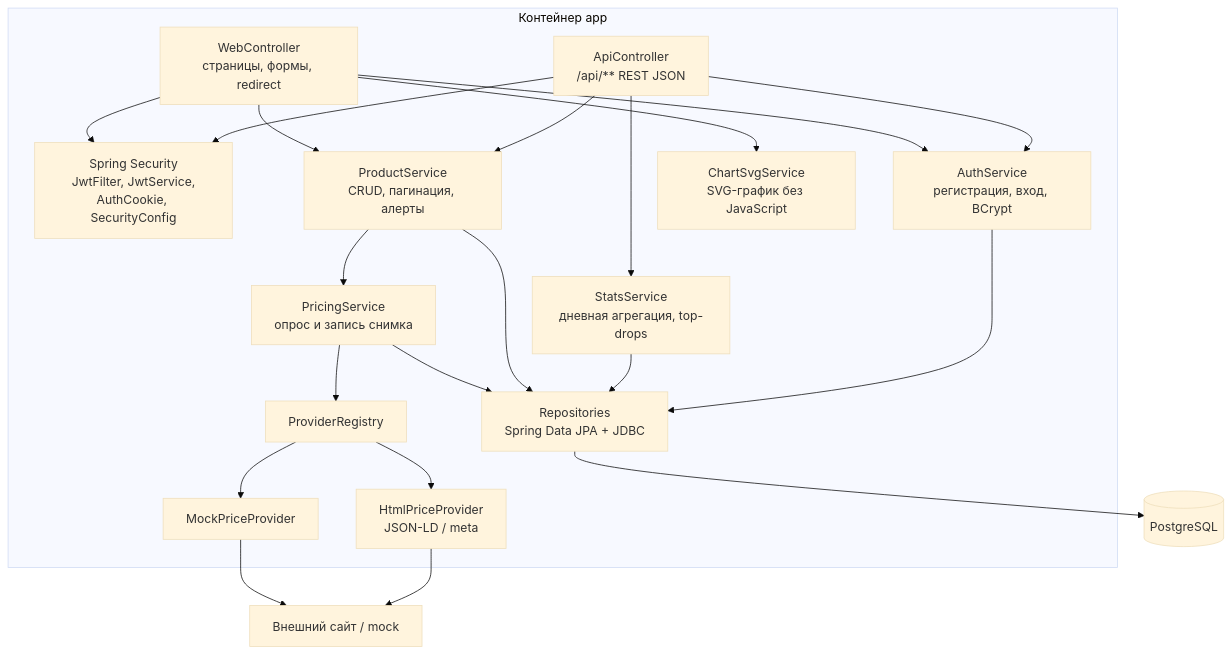
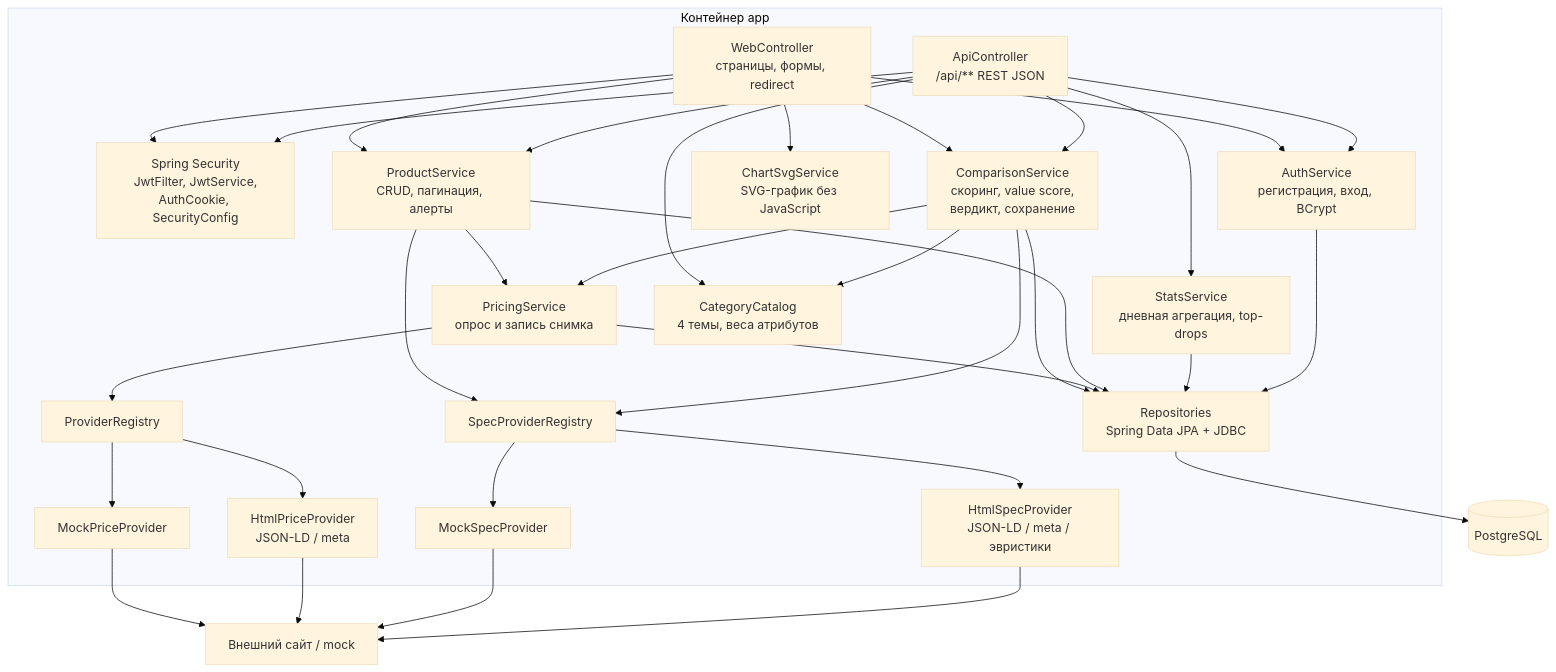
Before and after one commit to brawlat12344-ops/pricetracker: the third of 4 diagrams in docs/c4.md, drawn with Mermaid (base theme). The commit also changed other lines of this file and 30 other files, not shown here.

Commit message:
Add multi-category product comparison with spec providers

````diff
--- a/docs/c4.md
+++ b/docs/c4.md
@@ -62,40 +63,57 @@
 ```mermaid
 flowchart TB
     subgraph APP["Контейнер app"]
         WEB["WebController<br/>страницы, формы, redirect"]
         API["ApiController<br/>/api/** REST JSON"]
         SEC["Spring Security<br/>JwtFilter, JwtService,<br/>AuthCookie, SecurityConfig"]
         AUTH["AuthService<br/>регистрация, вход, BCrypt"]
         PROD["ProductService<br/>CRUD, пагинация, алерты"]
         STAT["StatsService<br/>дневная агрегация, top-drops"]
         CHART["ChartSvgService<br/>SVG-график без JavaScript"]
         PRICE["PricingService<br/>опрос и запись снимка"]
         REG["ProviderRegistry"]
         MOCK["MockPriceProvider"]
         HTML["HtmlPriceProvider<br/>JSON-LD / meta"]
+        CAT["CategoryCatalog<br/>4 темы, веса атрибутов"]
+        CMP["ComparisonService<br/>скоринг, value score,<br/>вердикт, сохранение"]
+        SREG["SpecProviderRegistry"]
+        SMOCK["MockSpecProvider"]
+        SHTML["HtmlSpecProvider<br/>JSON-LD / meta / эвристики"]
         REPO["Repositories<br/>Spring Data JPA + JDBC"]
     end
 
     DB[("PostgreSQL")]
     EXT["Внешний сайт / mock"]
 
     WEB --> SEC
     API --> SEC
     WEB --> AUTH
     API --> AUTH
     WEB --> PROD
     API --> PROD
     API --> STAT
     WEB --> CHART
+    WEB --> CMP
+    API --> CAT
+    API --> CMP
     PROD --> PRICE
+    PROD --> SREG
+    CMP --> PRICE
+    CMP --> CAT
+    CMP --> SREG
+    CMP --> REPO
     PRICE --> REG
     REG --> MOCK
     REG --> HTML
+    SREG --> SMOCK
+    SREG --> SHTML
     PRICE --> REPO
     PROD --> REPO
     STAT --> REPO
     AUTH --> REPO
     REPO --> DB
     MOCK --> EXT
     HTML --> EXT
+    SMOCK --> EXT
+    SHTML --> EXT
 ```
````
